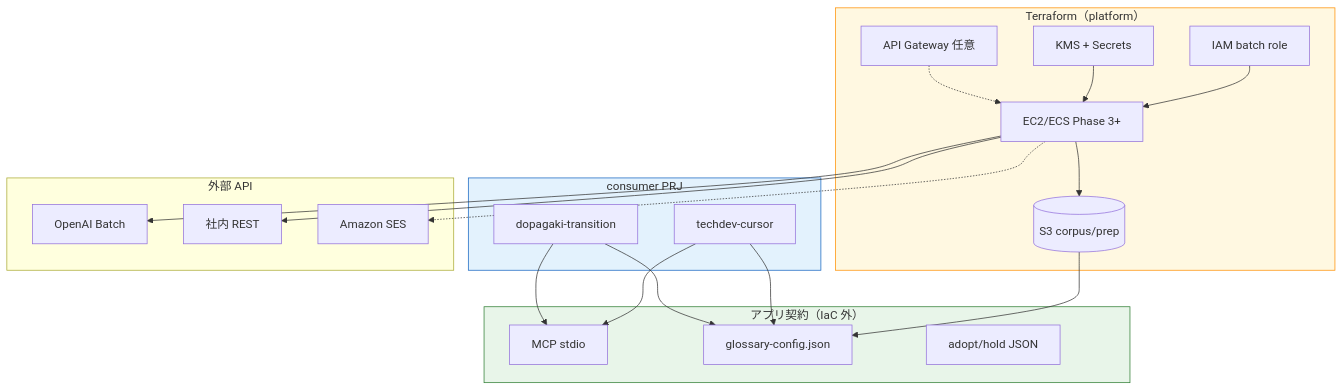
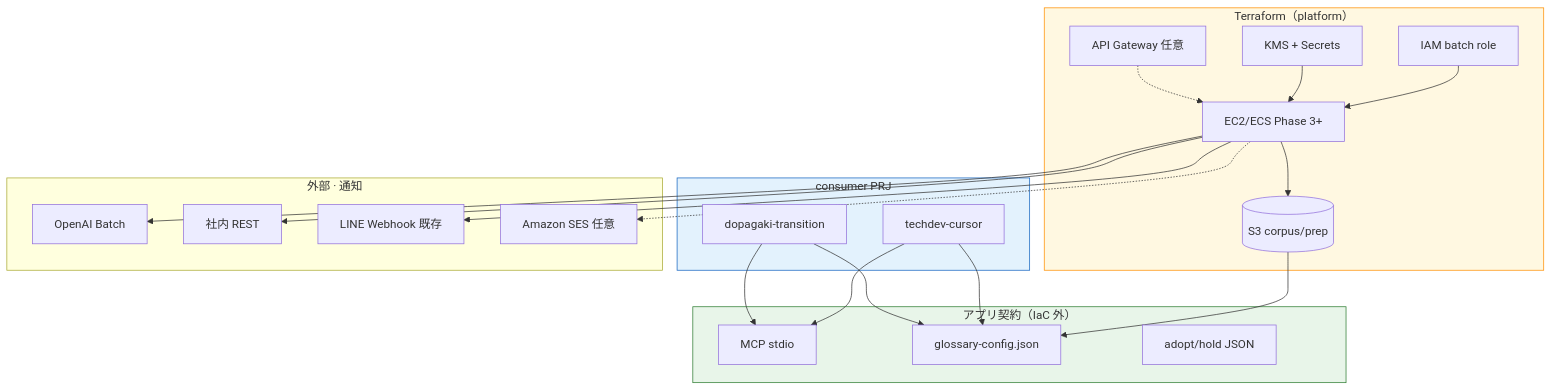
One commit to wombat2006/term-prep-platform changed the diagram in docs/IAC.md. Above: the diagram before and after it, drawn with Mermaid. The commit also changed other lines of this file and 2 other files, not shown here.

First line of the commit message:
docs: prefer LINE Webhook over SES for prep notifications

````diff
--- a/docs/IAC.md
+++ b/docs/IAC.md
@@ -311,44 +395,46 @@
 ```mermaid
 flowchart TB
   subgraph iac ["Terraform（platform）"]
     S3[(S3 corpus/prep)]
     IAM[IAM batch role]
     KMS[KMS + Secrets]
     COMPUTE[EC2/ECS Phase 3+]
     AGW[API Gateway 任意]
   end
 
   subgraph app ["アプリ契約（IaC 外）"]
     MCP[MCP stdio]
     CFG[glossary-config.json]
     ADOPT[adopt/hold JSON]
   end
 
   subgraph consumer ["consumer PRJ"]
     TD[techdev-cursor]
     DP[dopagaki-transition]
   end
 
-  subgraph external ["外部 API"]
+  subgraph external ["外部 · 通知"]
     OAI[OpenAI Batch]
     INT[社内 REST]
-    SES[Amazon SES]
+    LINE[LINE Webhook 既存]
+    SES[Amazon SES 任意]
   end
 
   S3 --> CFG
   IAM --> COMPUTE
   KMS --> COMPUTE
   COMPUTE --> S3
   COMPUTE --> OAI
   COMPUTE --> INT
+  COMPUTE --> LINE
   COMPUTE -.-> SES
   AGW -.-> COMPUTE
   TD --> CFG
   TD --> MCP
   DP --> MCP
   DP --> CFG
 
   style iac fill:#fff8e1,stroke:#ff8f00
   style app fill:#e8f5e9,stroke:#2e7d32
   style consumer fill:#e3f2fd,stroke:#1565c0
 ```
````
